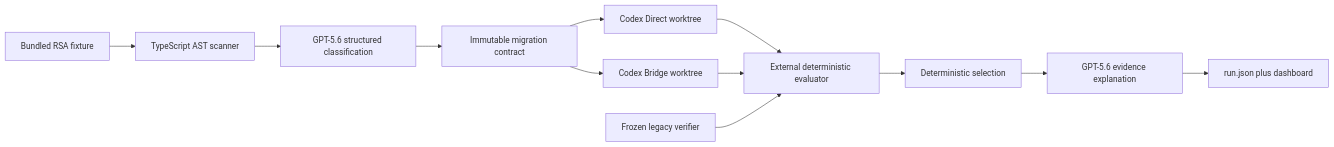
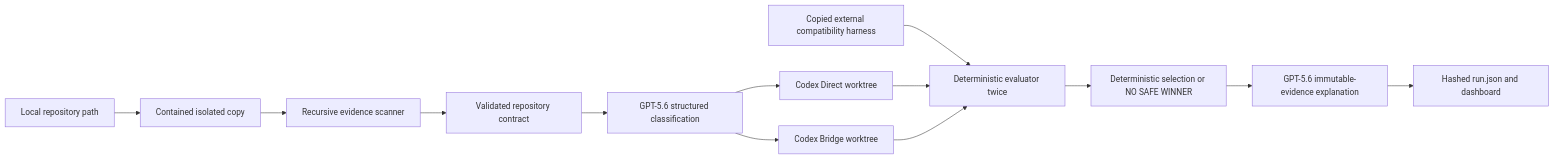
The diagram in ARCHITECTURE.md (Shivansh3532/quantum-twin), drawn with Mermaid before and after one commit. The commit also changed other lines of this file and 11 other files, not shown here.

````diff
--- a/ARCHITECTURE.md
+++ b/ARCHITECTURE.md
@@ -3,14 +3,15 @@
 ```mermaid
 flowchart LR
-  F[Bundled RSA fixture] --> S[TypeScript AST scanner]
-  S --> C[GPT-5.6 structured classification]
-  C --> B[Immutable migration contract]
-  B --> A[Codex Direct worktree]
-  B --> D[Codex Bridge worktree]
-  A --> E[External deterministic evaluator]
-  D --> E
-  L[Frozen legacy verifier] --> E
-  E --> P[Deterministic selection]
-  P --> X[GPT-5.6 evidence explanation]
-  X --> R[run.json plus dashboard]
+  R[Local repository path] --> I[Contained isolated copy]
+  I --> S[Recursive evidence scanner]
+  S --> C[Validated repository contract]
+  C --> G[GPT-5.6 structured classification]
+  G --> A[Codex Direct worktree]
+  G --> B[Codex Bridge worktree]
+  H[Copied external compatibility harness] --> E[Deterministic evaluator twice]
+  A --> E
+  B --> E
+  E --> D[Deterministic selection or NO SAFE WINNER]
+  D --> X[GPT-5.6 immutable-evidence explanation]
+  X --> O[Hashed run.json and dashboard]
 ```
````
